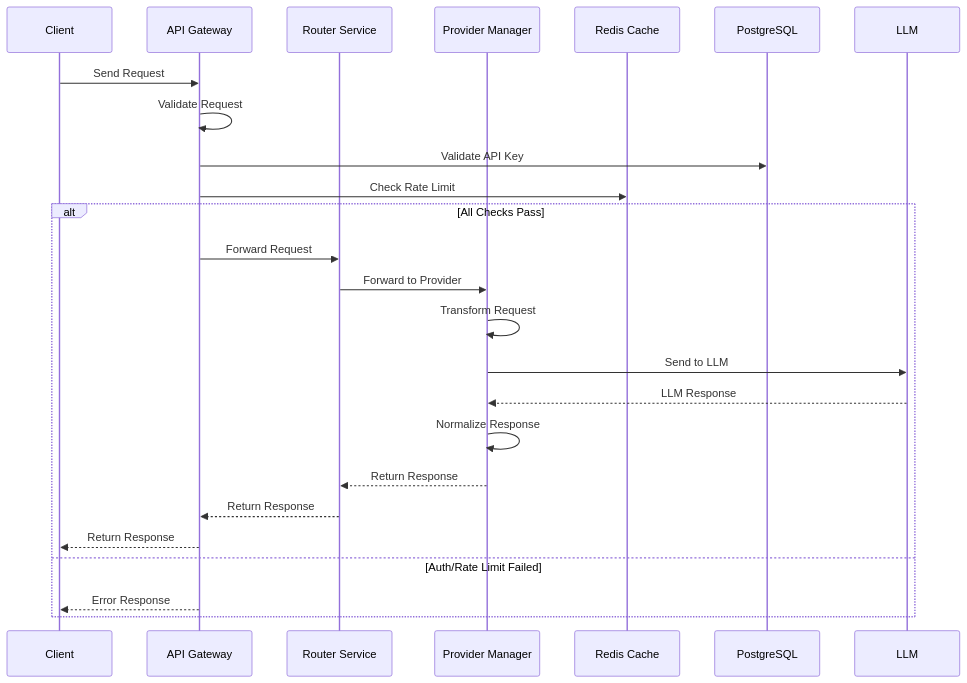
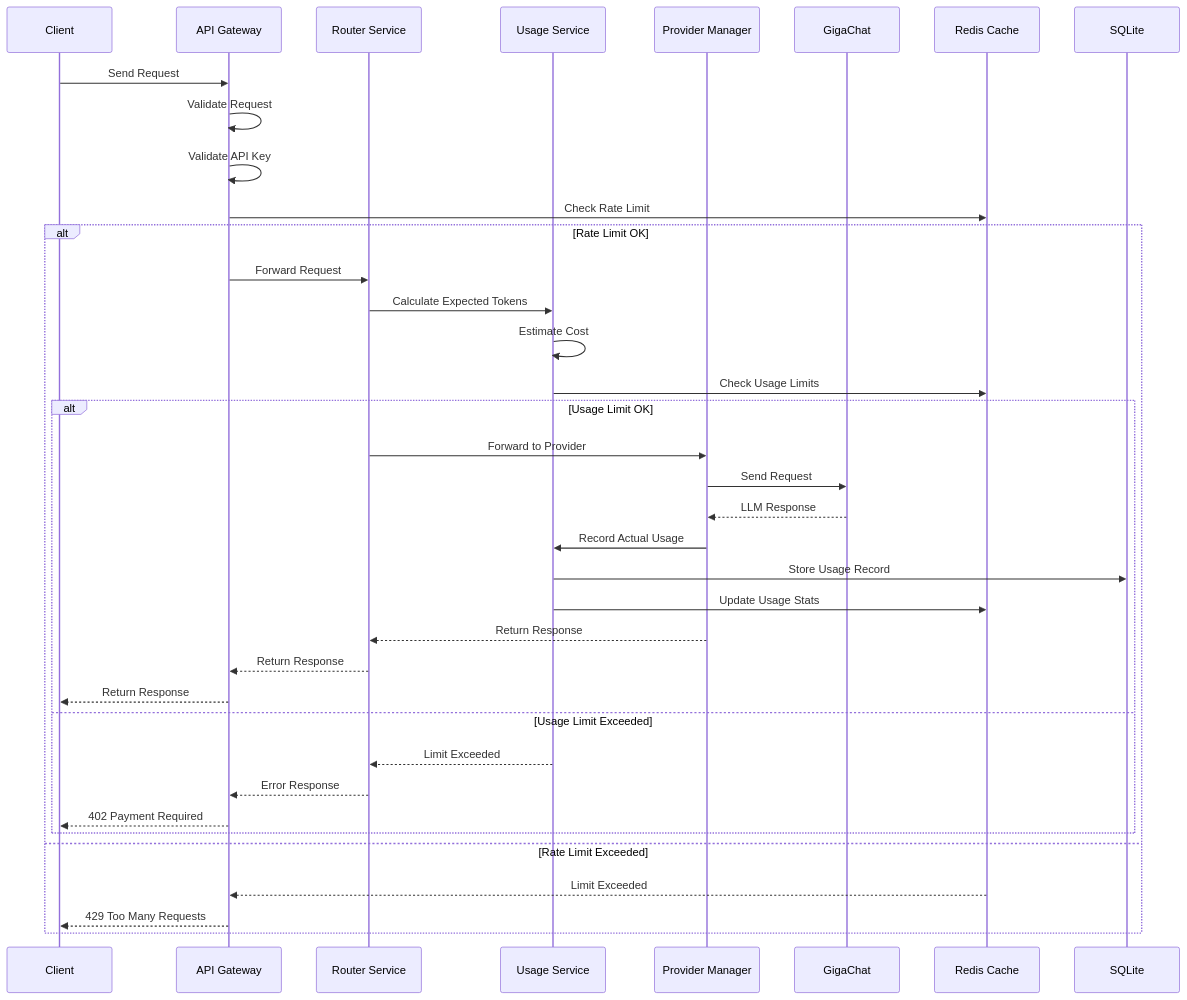
One commit to xrouter-ru/xrouter changed the first of 3 diagrams in docs/architecture/data-flow.md. Above: the diagram before and after it, drawn with Mermaid. The commit also changed other lines of this file and 6 other files, not shown here.

First line of the commit message:
docs: update architecture documentation for Release 1.0

````diff
--- a/docs/architecture/data-flow.md
+++ b/docs/architecture/data-flow.md
@@ -78,28 +6,44 @@
 ```mermaid
 sequenceDiagram
     participant Client
     participant Gateway as API Gateway
     participant Router as Router Service
+    participant Usage as Usage Service
     participant Provider as Provider Manager
+    participant GigaChat
     participant Redis as Redis Cache
-    participant DB as PostgreSQL
+    participant DB as SQLite
     
     Client->>Gateway: Send Request
     Gateway->>Gateway: Validate Request
-    Gateway->>DB: Validate API Key
+    Gateway->>Gateway: Validate API Key
     Gateway->>Redis: Check Rate Limit
     
-    alt All Checks Pass
+    alt Rate Limit OK
         Gateway->>Router: Forward Request
-        Router->>Provider: Forward to Provider
-        Provider->>Provider: Transform Request
-        Provider->>LLM: Send to LLM
-        LLM-->>Provider: LLM Response
-        Provider->>Provider: Normalize Response
-        Provider-->>Router: Return Response
-        Router-->>Gateway: Return Response
-        Gateway-->>Client: Return Response
-    else Auth/Rate Limit Failed
-        Gateway-->>Client: Error Response
+        Router->>Usage: Calculate Expected Tokens
+        Usage->>Usage: Estimate Cost
+        Usage->>Redis: Check Usage Limits
+        
+        alt Usage Limit OK
+            Router->>Provider: Forward to Provider
+            Provider->>GigaChat: Send Request
+            GigaChat-->>Provider: LLM Response
+            
+            Provider->>Usage: Record Actual Usage
+            Usage->>DB: Store Usage Record
+            Usage->>Redis: Update Usage Stats
+            
+            Provider-->>Router: Return Response
+            Router-->>Gateway: Return Response
+            Gateway-->>Client: Return Response
+        else Usage Limit Exceeded
+            Usage-->>Router: Limit Exceeded
+            Router-->>Gateway: Error Response
+            Gateway-->>Client: 402 Payment Required
+        end
+    else Rate Limit Exceeded
+        Redis-->>Gateway: Limit Exceeded
+        Gateway-->>Client: 429 Too Many Requests
     end
 ```
````
